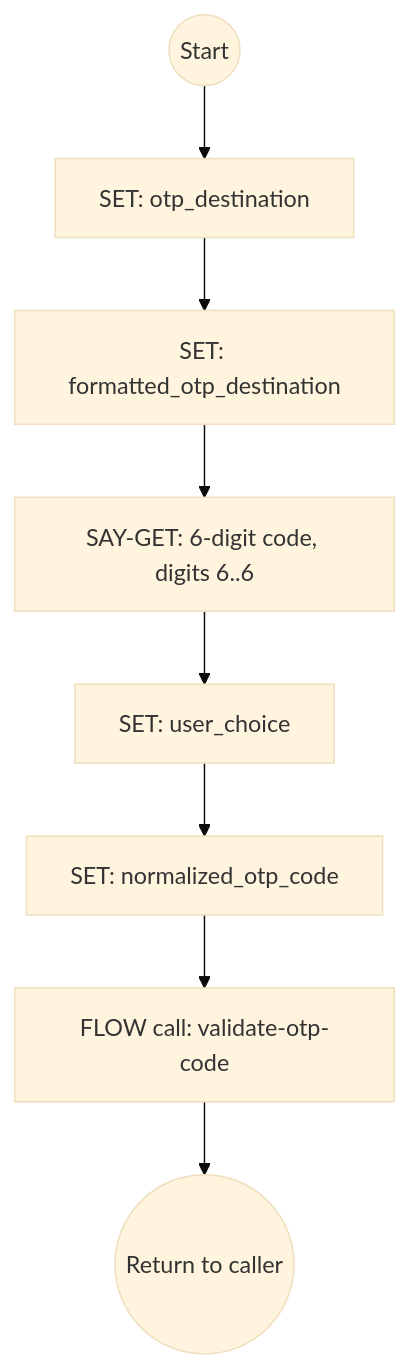
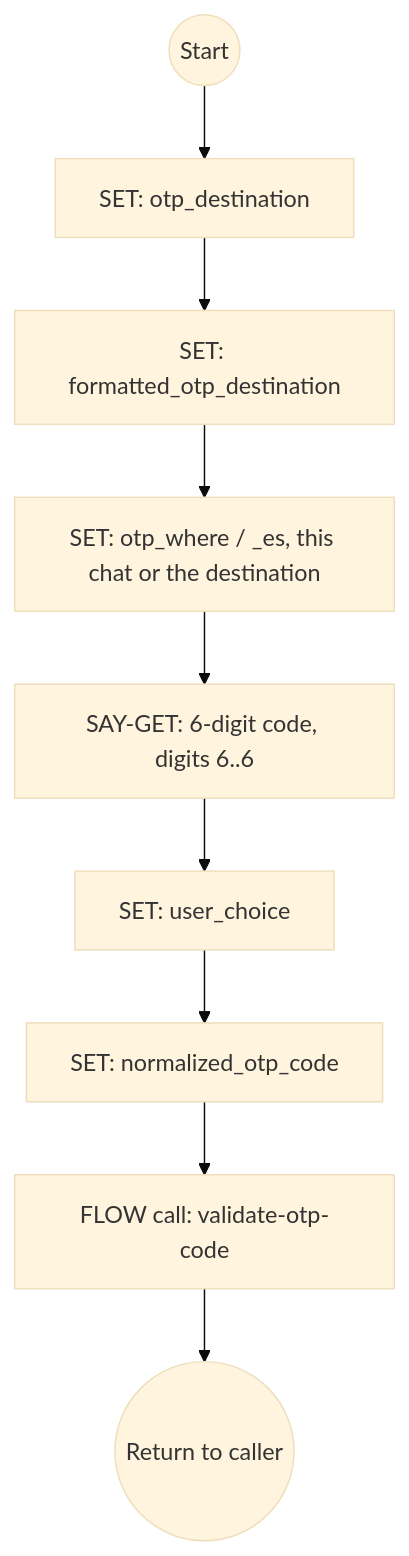
The seventh of 14 diagrams in docs/system-flows.md (ronpinkas/jsfe), drawn with Mermaid (base theme) before and after one commit. The commit also changed other lines of this file and 1 other file, not shown here.

Commit message:
docs: system and Shopify flow pages match the bundled flows (live-agent-requested 1.6.0, authenticate-user 1.2.0, otp-sms-failed, otp-text-undeliverable, contact-support 1.2.0, OTP code flows, shopify-product-search 1.1.1)

````diff
--- a/docs/system-flows.md
+++ b/docs/system-flows.md
@@ -311,10 +355,11 @@
 ```mermaid
 graph TD
     start((Start)) --> set_otp_destination[SET: otp_destination]
     set_otp_destination --> formatted[SET: formatted_otp_destination]
-    formatted --> get_otp[SAY-GET: 6-digit code, digits 6..6]
+    formatted --> set_otp_where[SET: otp_where / _es, this chat or the destination]
+    set_otp_where --> get_otp[SAY-GET: 6-digit code, digits 6..6]
     get_otp --> set_user_choice[SET: user_choice]
     set_user_choice --> set_otp_code[SET: normalized_otp_code]
     set_otp_code --> validate[FLOW call: validate-otp-code]
     validate --> stop((Return to caller))
 ```
````
